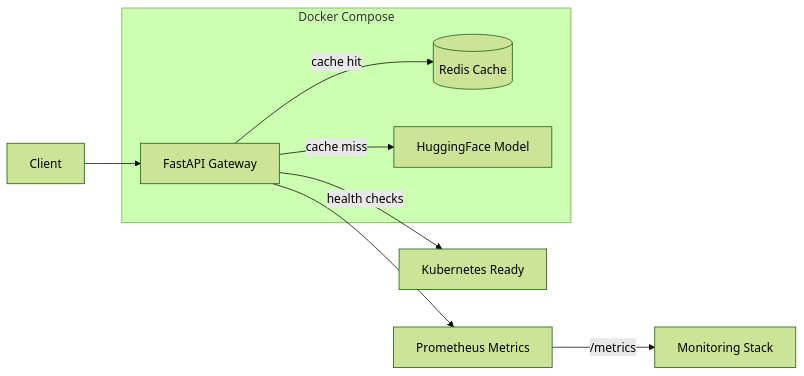
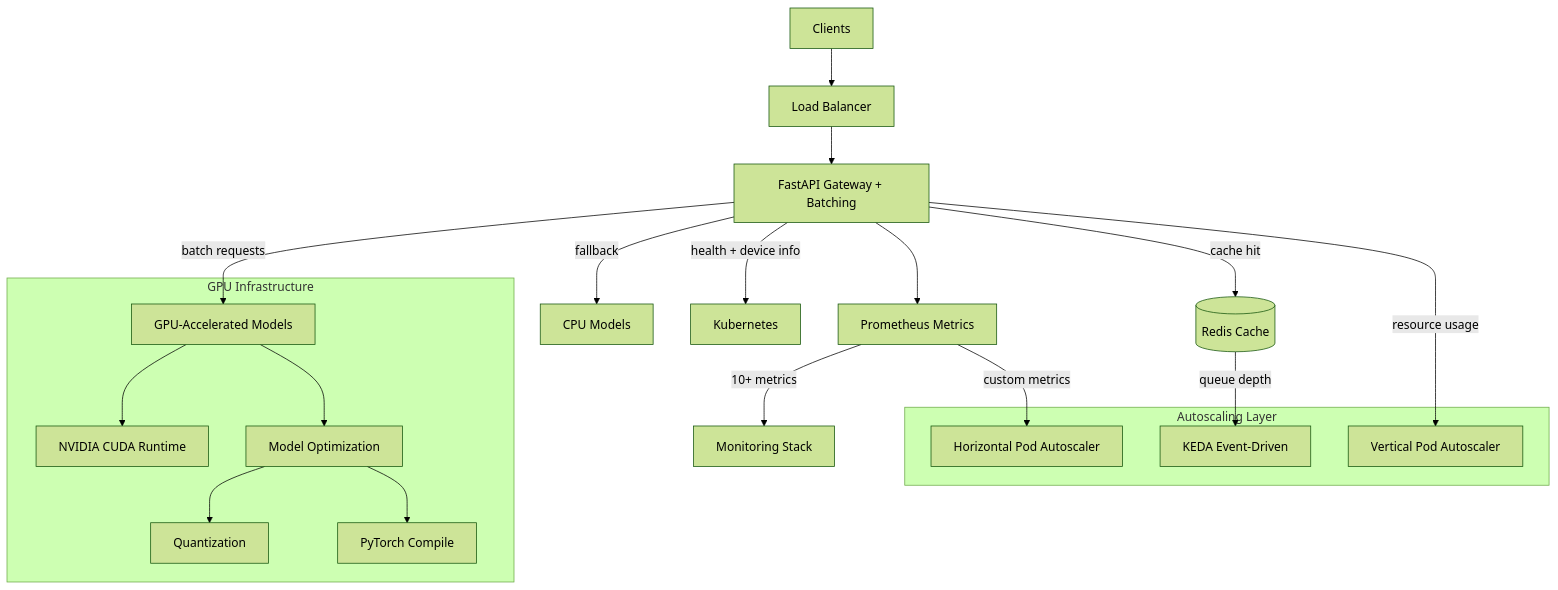
Before and after one commit to BugVanquisher/Hyperion: the diagram in README.md, drawn with Mermaid (forest theme). The commit also changed other lines of this file, not shown here.

````diff
--- a/README.md
+++ b/README.md
@@ -19,16 +21,30 @@
 ```mermaid
-flowchart LR
-    C[Client] --> A[FastAPI Gateway]
+flowchart TB
+    C[Clients] --> LB[Load Balancer]
+    LB --> A[FastAPI Gateway + Batching]
+
     A -->|cache hit| R[(Redis Cache)]
-    A -->|cache miss| M[HuggingFace Model]
+    A -->|batch requests| GPU[GPU-Accelerated Models]
+    A -->|fallback| CPU[CPU Models]
     A --> P[Prometheus Metrics]
-    
-    subgraph Docker Compose
-      A
-      R
-      M
+
+    subgraph "Autoscaling Layer"
+        HPA[Horizontal Pod Autoscaler]
+        KEDA[KEDA Event-Driven]
+        VPA[Vertical Pod Autoscaler]
     end
-    
-    A -->|health checks| K8s[Kubernetes Ready]
-    P -->|/metrics| MON[Monitoring Stack]
+
+    subgraph "GPU Infrastructure"
+        GPU --> CUDA[NVIDIA CUDA Runtime]
+        GPU --> OPT[Model Optimization]
+        OPT --> QUANT[Quantization]
+        OPT --> COMP[PyTorch Compile]
+    end
+
+    P -->|custom metrics| HPA
+    R -->|queue depth| KEDA
+    A -->|resource usage| VPA
+
+    A -->|health + device info| K8s[Kubernetes]
+    P -->|10+ metrics| MON[Monitoring Stack]
 ```
````
